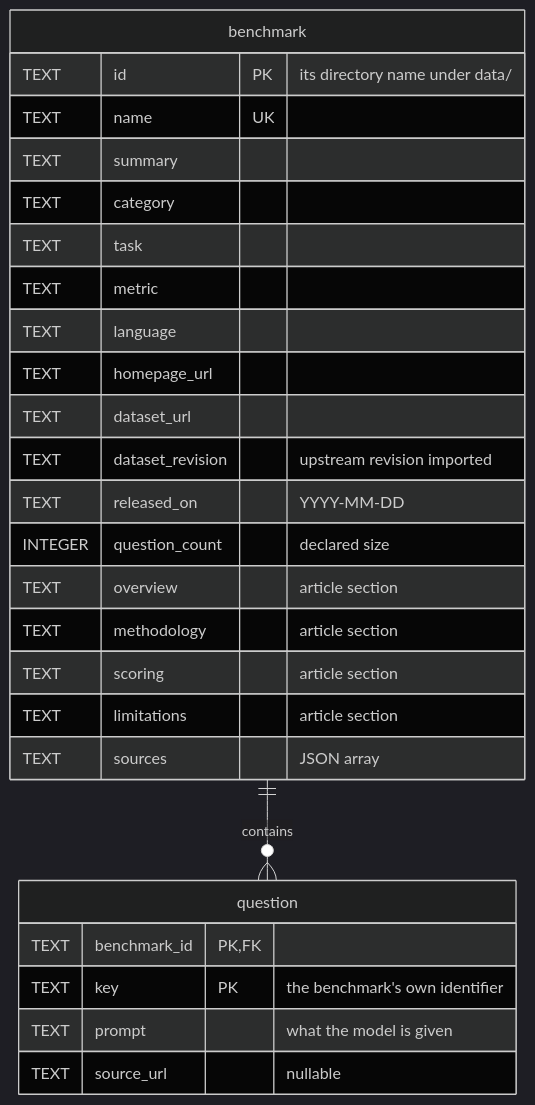
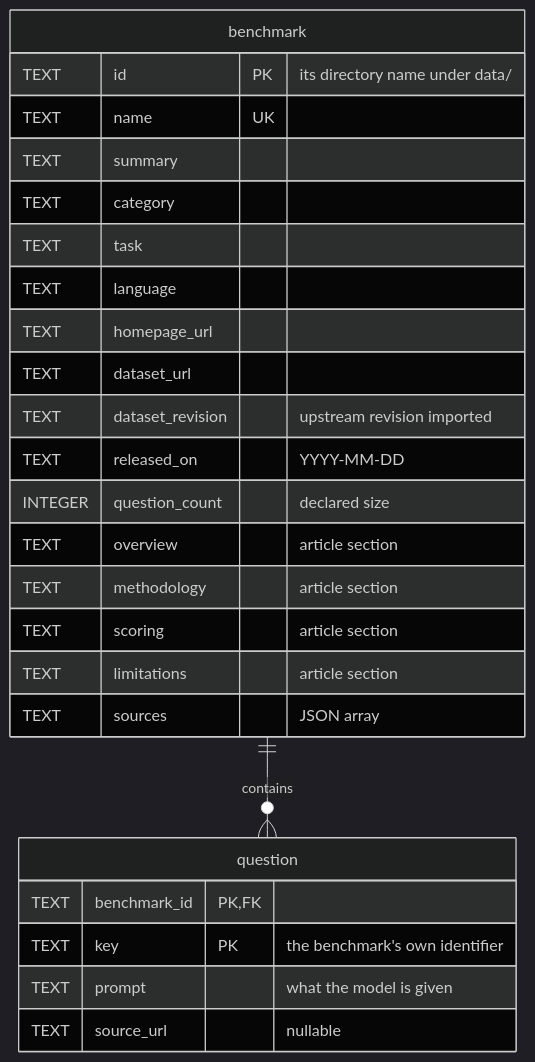
Before and after one commit to khooeee/benchopedia: the diagram in README.md, drawn with Mermaid (dark theme). The commit also changed 3 other files, not shown here.

````diff
--- a/README.md
+++ b/README.md
@@ -21,30 +21,29 @@
 ```mermaid
 erDiagram
     benchmark ||--o{ question : contains
 
     benchmark {
         TEXT id PK "its directory name under data/"
         TEXT name UK
         TEXT summary
         TEXT category
         TEXT task
-        TEXT metric
         TEXT language
         TEXT homepage_url
         TEXT dataset_url
         TEXT dataset_revision "upstream revision imported"
         TEXT released_on "YYYY-MM-DD"
         INTEGER question_count "declared size"
         TEXT overview "article section"
         TEXT methodology "article section"
         TEXT scoring "article section"
         TEXT limitations "article section"
         TEXT sources "JSON array"
     }
     question {
         TEXT benchmark_id PK, FK
         TEXT key PK "the benchmark's own identifier"
         TEXT prompt "what the model is given"
         TEXT source_url "nullable"
     }
 ```
````
